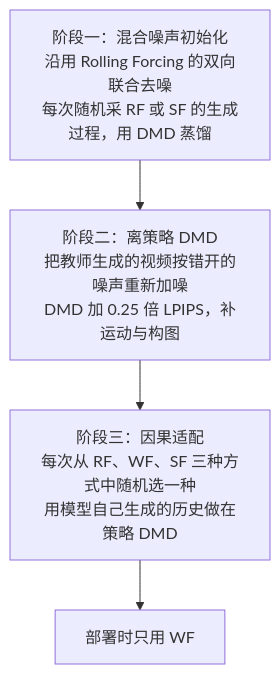
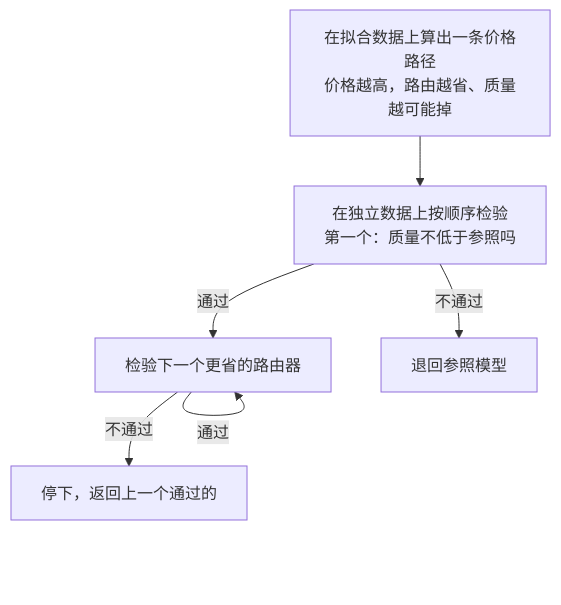
The third of 4 diagrams in docs/index.md (yingwang/paper-reads), drawn with Mermaid before and after one commit. The commit also changed other lines of this file and 2 other files, not shown here.

````diff
--- a/docs/index.md
+++ b/docs/index.md
@@ -141,6 +111,8 @@
 ```mermaid
 flowchart TD
-    S1["阶段一：混合噪声初始化<br/>沿用 Rolling Forcing 的双向联合去噪<br/>每次随机采 RF 或 SF 的生成过程，用 DMD 蒸馏"] --> S2["阶段二：离策略 DMD<br/>把教师生成的视频按错开的噪声重新加噪<br/>DMD 加 0.25 倍 LPIPS，补运动与构图"]
-    S2 --> S3["阶段三：因果适配<br/>每次从 RF、WF、SF 三种方式中随机选一种<br/>用模型自己生成的历史做在策略 DMD"]
-    S3 --> D["部署时只用 WF"]
+    A["在拟合数据上算出一条价格路径<br/>价格越高，路由越省、质量越可能掉"] --> B["在独立数据上按顺序检验<br/>第一个：质量不低于参照吗"]
+    B -->|"通过"| C["检验下一个更省的路由器"]
+    C -->|"通过"| C
+    C -->|"不通过"| D["停下，返回上一个通过的"]
+    B -->|"不通过"| E["退回参照模型"]
 ```
````
